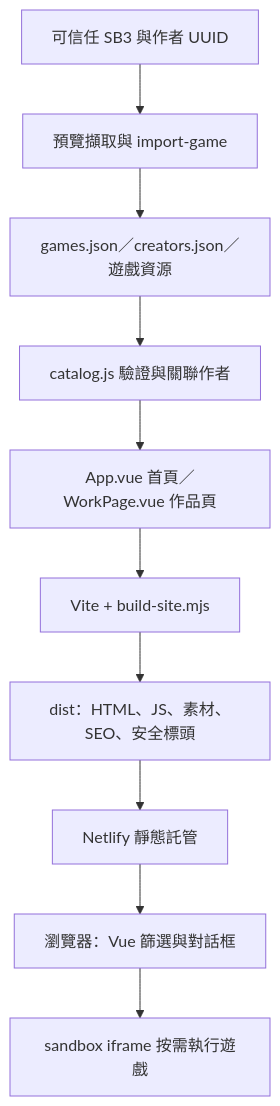
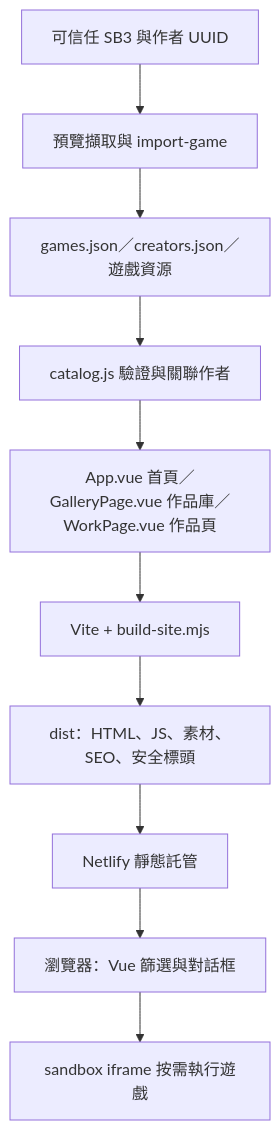
The diagram in README.md (Wunia0219/scratch-gallery), drawn with Mermaid before and after one commit. The commit also changed other lines of this file and 11 other files, not shown here.

Commit message:
Upgrade version to 0.4.0-beta, implement GalleryPage for student and teacher collections

````diff
--- a/README.md
+++ b/README.md
@@ -166,12 +166,12 @@
 ```mermaid
 flowchart TD
   A[可信任 SB3 與作者 UUID] --> B[預覽擷取與 import-game]
   B --> C[games.json／creators.json／遊戲資源]
   C --> D[catalog.js 驗證與關聯作者]
-  D --> E[App.vue 首頁／WorkPage.vue 作品頁]
+  D --> E[App.vue 首頁／GalleryPage.vue 作品庫／WorkPage.vue 作品頁]
   E --> F[Vite + build-site.mjs]
   F --> G[dist：HTML、JS、素材、SEO、安全標頭]
   G --> H[Netlify 靜態託管]
   H --> I[瀏覽器：Vue 篩選與對話框]
   I --> J[sandbox iframe 按需執行遊戲]
 ```
````
